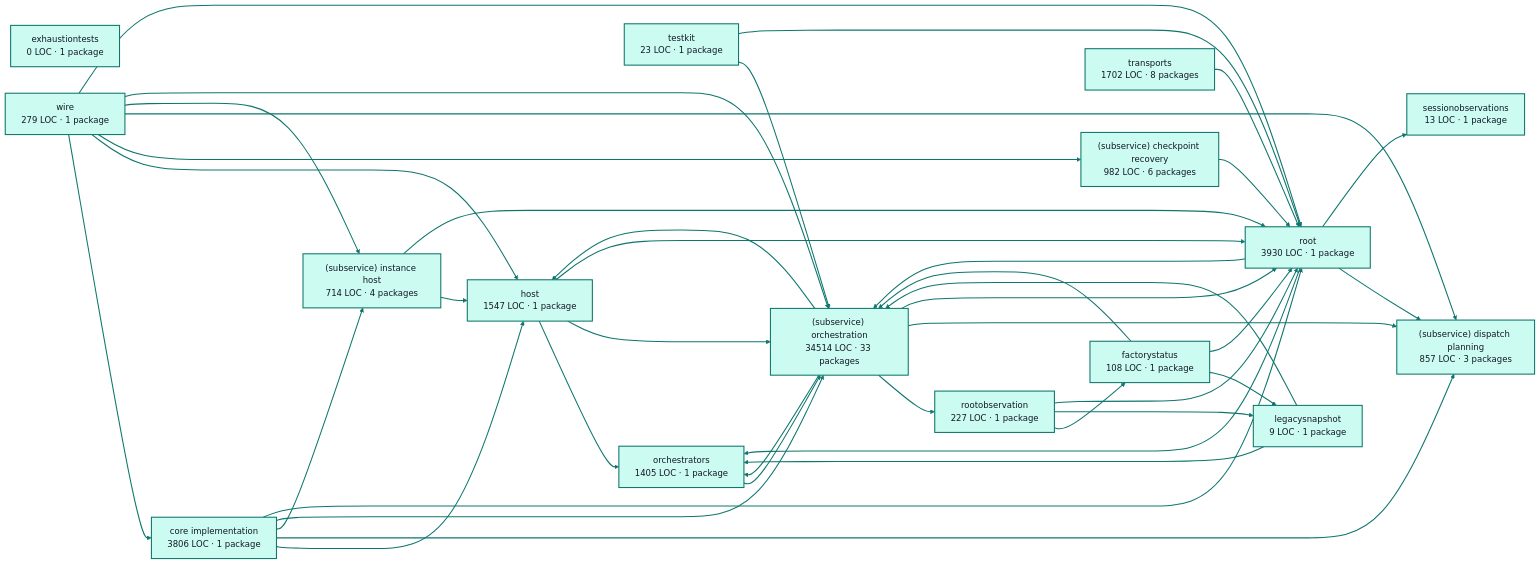
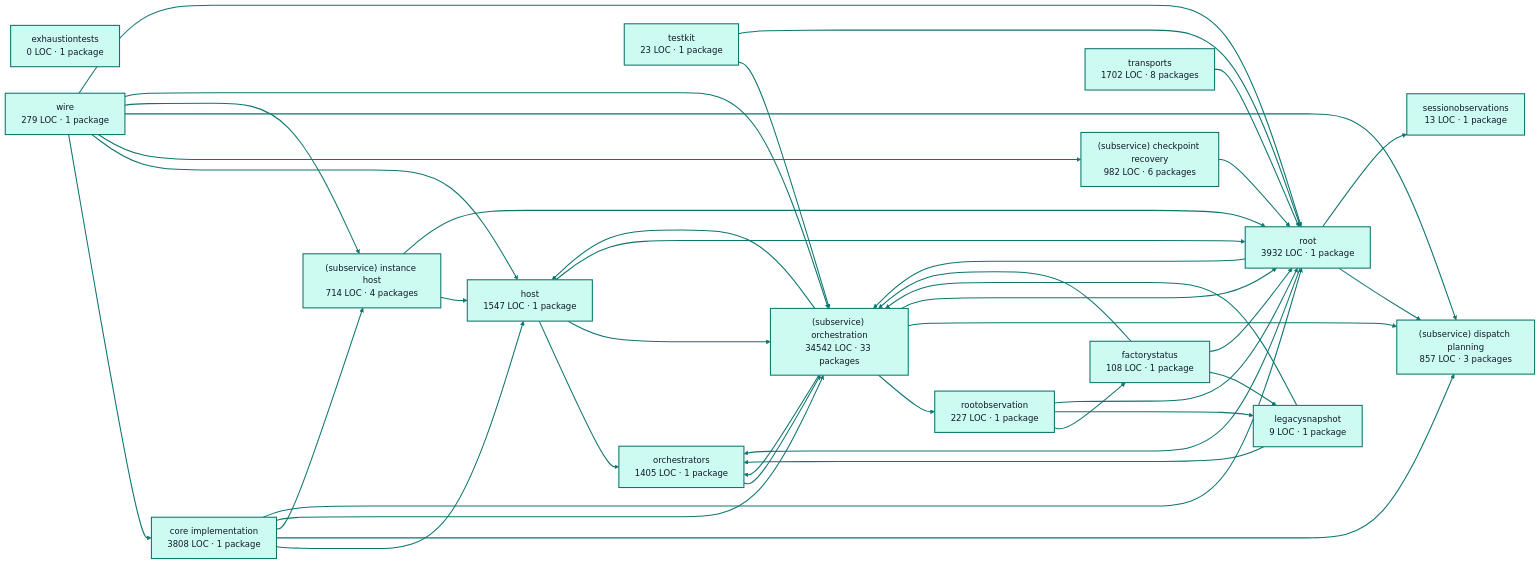
The diagram in docs/architecture/visualizations/services/factory_runtime.md (portpowered/you-agent-factory), drawn with Mermaid (base theme) before and after one commit. The commit also changed other lines of this file and 20 other files, not shown here.

Commit message:
docs: refresh backend architecture visualizations

````diff
--- a/docs/architecture/visualizations/services/factory_runtime.md
+++ b/docs/architecture/visualizations/services/factory_runtime.md
@@ -11,75 +11,75 @@
 ```mermaid
 flowchart LR
-  p0["core implementation<br/>3806 LOC · 1 package"]
+  p0["core implementation<br/>3808 LOC · 1 package"]
   p1["exhaustiontests<br/>0 LOC · 1 package"]
   p2["factorystatus<br/>108 LOC · 1 package"]
   p3["host<br/>1547 LOC · 1 package"]
   p4["legacysnapshot<br/>9 LOC · 1 package"]
   p5["orchestrators<br/>1405 LOC · 1 package"]
   p6["rootobservation<br/>227 LOC · 1 package"]
   p7["(subservice) checkpoint recovery<br/>982 LOC · 6 packages"]
   p8["(subservice) dispatch planning<br/>857 LOC · 3 packages"]
   p9["(subservice) instance host<br/>714 LOC · 4 packages"]
-  p10["(subservice) orchestration<br/>34514 LOC · 33 packages"]
+  p10["(subservice) orchestration<br/>34542 LOC · 33 packages"]
   p11["sessionobservations<br/>13 LOC · 1 package"]
   p12["testkit<br/>23 LOC · 1 package"]
-  p13["root<br/>3930 LOC · 1 package"]
+  p13["root<br/>3932 LOC · 1 package"]
   p14["transports<br/>1702 LOC · 8 packages"]
   p15["wire<br/>279 LOC · 1 package"]
   p0 --> p3
   p0 --> p8
   p0 --> p9
   p0 --> p10
   p0 --> p13
   p2 --> p4
   p2 --> p10
   p2 --> p13
   p3 --> p5
   p3 --> p10
   p3 --> p13
   p4 --> p5
   p4 --> p10
   p5 --> p10
   p6 --> p2
   p6 --> p4
   p6 --> p13
   p7 --> p13
   p9 --> p3
   p9 --> p13
   p10 --> p3
   p10 --> p5
   p10 --> p6
   p10 --> p8
   p10 --> p13
   p12 --> p10
   p12 --> p13
   p13 --> p5
   p13 --> p8
   p13 --> p10
   p13 --> p11
   p14 --> p13
   p15 --> p0
   p15 --> p3
   p15 --> p7
   p15 --> p8
   p15 --> p9
   p15 --> p10
   p15 --> p13
   style p0 fill:#ccfbf1,stroke:#0f766e,stroke-width:2px,color:#111827
   style p1 fill:#ccfbf1,stroke:#0f766e,stroke-width:2px,color:#111827
   style p2 fill:#ccfbf1,stroke:#0f766e,stroke-width:2px,color:#111827
   style p3 fill:#ccfbf1,stroke:#0f766e,stroke-width:2px,color:#111827
   style p4 fill:#ccfbf1,stroke:#0f766e,stroke-width:2px,color:#111827
   style p5 fill:#ccfbf1,stroke:#0f766e,stroke-width:2px,color:#111827
   style p6 fill:#ccfbf1,stroke:#0f766e,stroke-width:2px,color:#111827
   style p7 fill:#ccfbf1,stroke:#0f766e,stroke-width:2px,color:#111827
   style p8 fill:#ccfbf1,stroke:#0f766e,stroke-width:2px,color:#111827
   style p9 fill:#ccfbf1,stroke:#0f766e,stroke-width:2px,color:#111827
   style p10 fill:#ccfbf1,stroke:#0f766e,stroke-width:2px,color:#111827
   style p11 fill:#ccfbf1,stroke:#0f766e,stroke-width:2px,color:#111827
   style p12 fill:#ccfbf1,stroke:#0f766e,stroke-width:2px,color:#111827
   style p13 fill:#ccfbf1,stroke:#0f766e,stroke-width:2px,color:#111827
   style p14 fill:#ccfbf1,stroke:#0f766e,stroke-width:2px,color:#111827
   style p15 fill:#ccfbf1,stroke:#0f766e,stroke-width:2px,color:#111827
   linkStyle default stroke:#0f766e,stroke-width:2px
 ```
````
